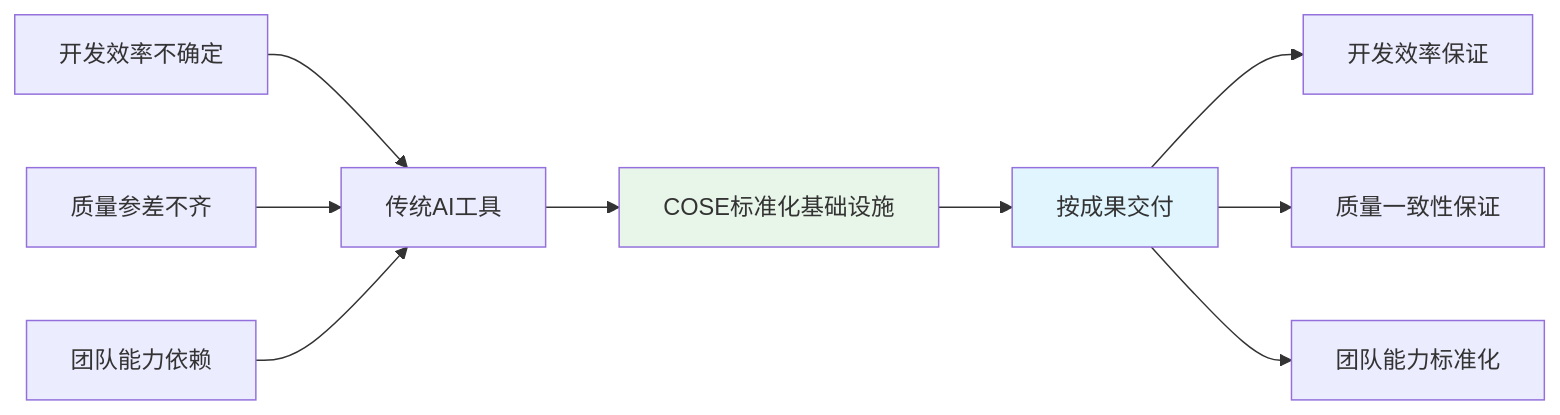
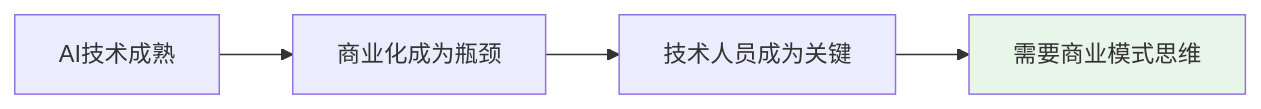
One commit to Deepractice/COSE changed the first of 4 diagrams in README.md. Above: the diagram before and after it, drawn with Mermaid. The commit also changed other lines of this file, not shown here.

````diff
--- a/README.md
+++ b/README.md
@@ -15,16 +15,8 @@
 ```mermaid
 graph LR
-    A[传统AI工具] --> B[COSE标准化基础设施]
-    B --> C[按成果交付]
+    A[AI技术成熟] --> B[商业化成为瓶颈]
+    B --> C[技术人员成为关键]
+    C --> D[需要商业模式思维]
     
-    A1[开发效率不确定] --> A
-    A2[质量参差不齐] --> A
-    A3[团队能力依赖] --> A
-    
-    C --> C1[开发效率保证]
-    C --> C2[质量一致性保证]
-    C --> C3[团队能力标准化]
-    
-    style B fill:#e8f5e9
-    style C fill:#e1f5fe
+    style D fill:#e8f5e9
 ```
````
